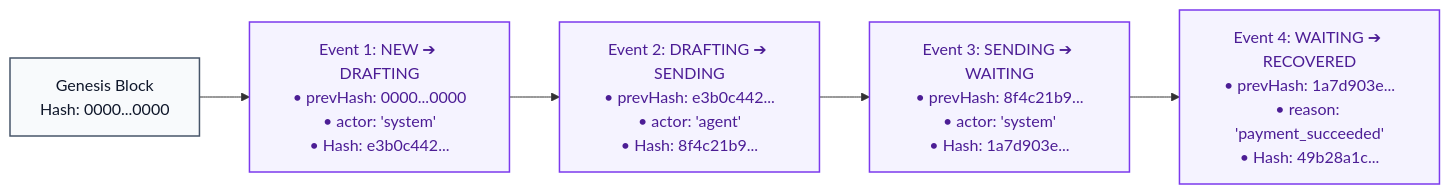
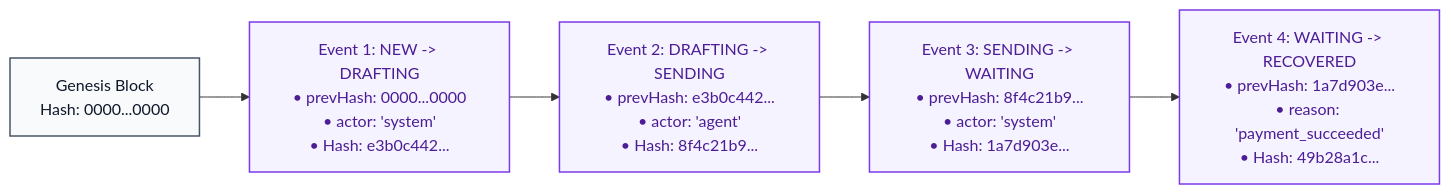
The seventh of 7 diagrams in HOW_IT_WORKS.md (heysagnik/riko), drawn with Mermaid before and after one commit. The commit also changed other lines of this file and 4 other files, not shown here.

Commit message:
docs: add architecture, state machine, and recovery lifecycle SVGs and update documentation links

````diff
--- a/HOW_IT_WORKS.md
+++ b/HOW_IT_WORKS.md
@@ -390,13 +281,13 @@
 ```mermaid
 flowchart LR
     classDef genesis fill:#f8fafc,stroke:#475569,stroke-width:1.5px,color:#0f172a
     classDef event fill:#f5f3ff,stroke:#7c3aed,stroke-width:1.5px,color:#4c1d95
 
-    G["Genesis Block\nHash: 0000...0000"]:::genesis --> E1["Event 1: NEW ➔ DRAFTING\n• prevHash: 0000...0000\n• actor: 'system'\n• Hash: e3b0c442..."]:::event
+    G["Genesis Block\nHash: 0000...0000"]:::genesis --> E1["Event 1: NEW -> DRAFTING\n• prevHash: 0000...0000\n• actor: 'system'\n• Hash: e3b0c442..."]:::event
     
-    E1 --> E2["Event 2: DRAFTING ➔ SENDING\n• prevHash: e3b0c442...\n• actor: 'agent'\n• Hash: 8f4c21b9..."]:::event
+    E1 --> E2["Event 2: DRAFTING -> SENDING\n• prevHash: e3b0c442...\n• actor: 'agent'\n• Hash: 8f4c21b9..."]:::event
     
-    E2 --> E3["Event 3: SENDING ➔ WAITING\n• prevHash: 8f4c21b9...\n• actor: 'system'\n• Hash: 1a7d903e..."]:::event
+    E2 --> E3["Event 3: SENDING -> WAITING\n• prevHash: 8f4c21b9...\n• actor: 'system'\n• Hash: 1a7d903e..."]:::event
     
-    E3 --> E4["Event 4: WAITING ➔ RECOVERED\n• prevHash: 1a7d903e...\n• reason: 'payment_succeeded'\n• Hash: 49b28a1c..."]:::event
+    E3 --> E4["Event 4: WAITING -> RECOVERED\n• prevHash: 1a7d903e...\n• reason: 'payment_succeeded'\n• Hash: 49b28a1c..."]:::event
 ```
````
